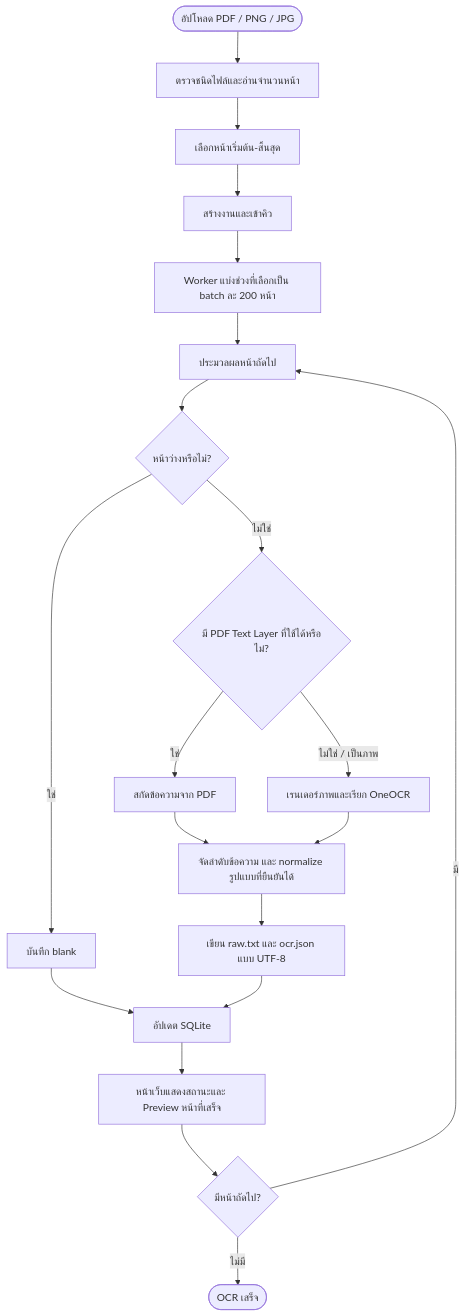
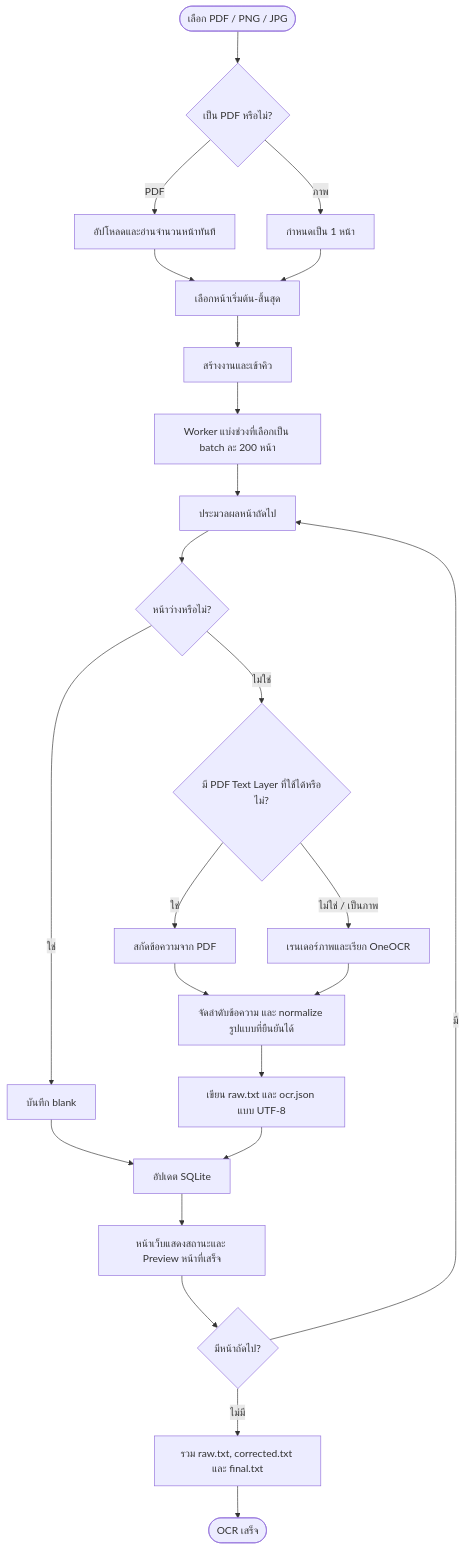
One commit to anuwatm/pdf-ocr-studio changed the second of 5 diagrams in readme.md. Above: the diagram before and after it, drawn with Mermaid. The commit also changed other lines of this file and 4 other files, not shown here.

````diff
--- a/readme.md
+++ b/readme.md
@@ -150,22 +153,26 @@
 ```mermaid
 flowchart TD
-    Upload(["อัปโหลด PDF / PNG / JPG"]) --> Count["ตรวจชนิดไฟล์และอ่านจำนวนหน้า"]
+    Upload(["เลือก PDF / PNG / JPG"]) --> Pdf{"เป็น PDF หรือไม่?"}
+    Pdf -->|PDF| Count["อัปโหลดและอ่านจำนวนหน้าทันที"]
+    Pdf -->|ภาพ| ImageOne["กำหนดเป็น 1 หน้า"]
     Count --> Choose["เลือกหน้าเริ่มต้น-สิ้นสุด"]
+    ImageOne --> Choose
     Choose --> Start["สร้างงานและเข้าคิว"]
     Start --> Batch["Worker แบ่งช่วงที่เลือกเป็น batch ละ 200 หน้า"]
     Batch --> Page["ประมวลผลหน้าถัดไป"]
     Page --> Blank{"หน้าว่างหรือไม่?"}
     Blank -->|ใช่| SaveBlank["บันทึก blank"]
     Blank -->|ไม่ใช่| Route{"มี PDF Text Layer ที่ใช้ได้หรือไม่?"}
     Route -->|ใช่| Extract["สกัดข้อความจาก PDF"]
     Route -->|ไม่ใช่ / เป็นภาพ| OCR["เรนเดอร์ภาพและเรียก OneOCR"]
     Extract --> Normalize["จัดลำดับข้อความ และ normalize รูปแบบที่ยืนยันได้"]
     OCR --> Normalize
     Normalize --> Save["เขียน raw.txt และ ocr.json แบบ UTF-8"]
     SaveBlank --> Update["อัปเดต SQLite"]
     Save --> Update
     Update --> Preview["หน้าเว็บแสดงสถานะและ Preview หน้าที่เสร็จ"]
     Preview --> More{"มีหน้าถัดไป?"}
     More -->|มี| Page
-    More -->|ไม่มี| Finish(["OCR เสร็จ"])
+    More -->|ไม่มี| Assemble["รวม raw.txt, corrected.txt และ final.txt"]
+    Assemble --> Finish(["OCR เสร็จ"])
 ```
````
